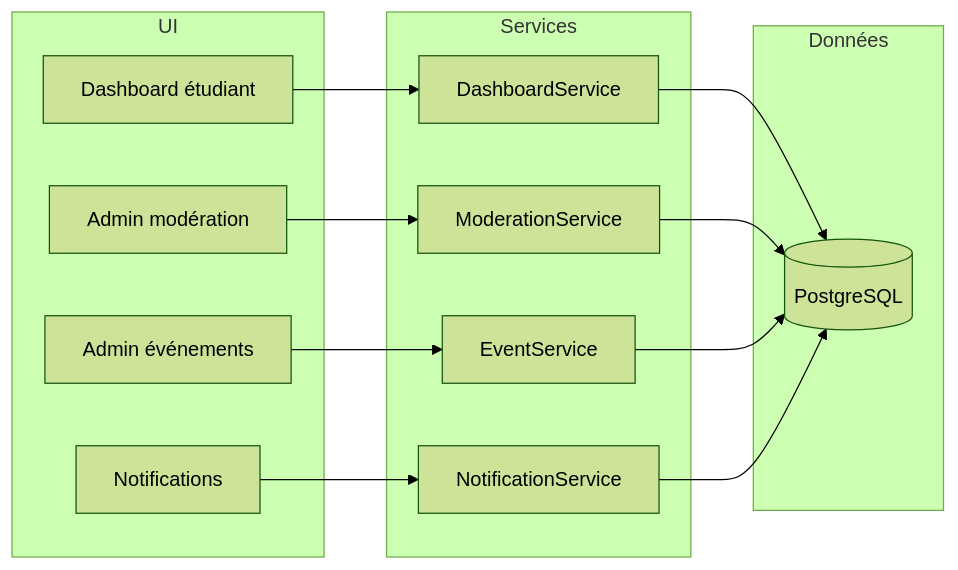
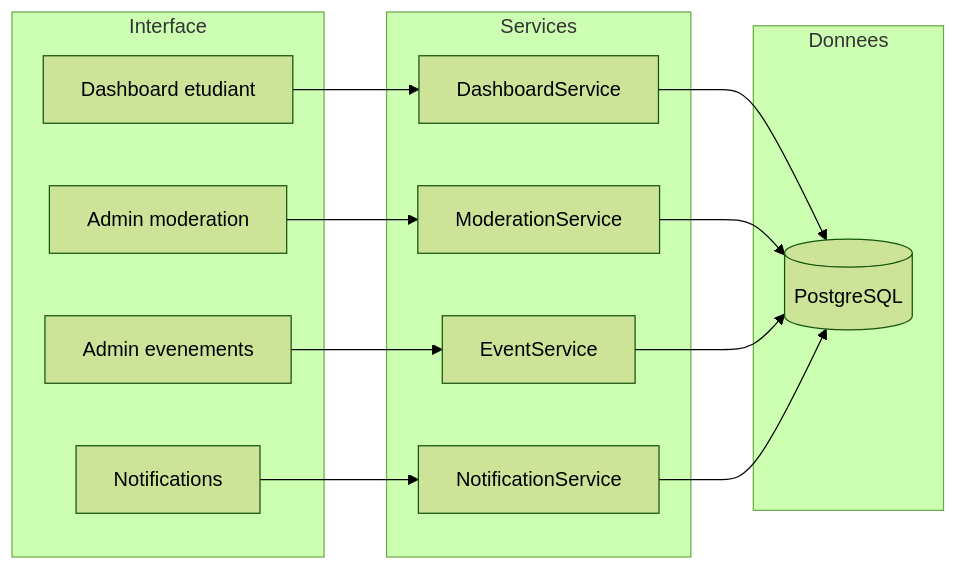
One commit to Claude20022002/StudyLib changed the tenth of 15 diagrams in docs/RAPPORT.md. Above: the diagram before and after it, drawn with Mermaid (forest theme). The commit also changed other lines of this file, not shown here.

Commit message:
Update RAPPORT.md to enhance compatibility with GitHub by adjusting Mermaid diagram labels, standardizing terminology, and improving clarity in various sections, including functional modules and user flows.

````diff
--- a/docs/RAPPORT.md
+++ b/docs/RAPPORT.md
@@ -659,25 +676,25 @@
 ```mermaid
 flowchart LR
-    subgraph UI
-        D[Dashboard étudiant]
-        AM[Admin modération]
-        AE[Admin événements]
+    subgraph ui [Interface]
+        D[Dashboard etudiant]
+        AM[Admin moderation]
+        AE[Admin evenements]
         N[Notifications]
     end
 
-    subgraph Services
+    subgraph services [Services]
         DS[DashboardService]
         MS[ModerationService]
         ES[EventService]
         NS[NotificationService]
     end
 
-    subgraph Données
+    subgraph data [Donnees]
         PG[(PostgreSQL)]
     end
 
     D --> DS --> PG
     AM --> MS --> PG
     AE --> ES --> PG
     N --> NS --> PG
 ```
````
